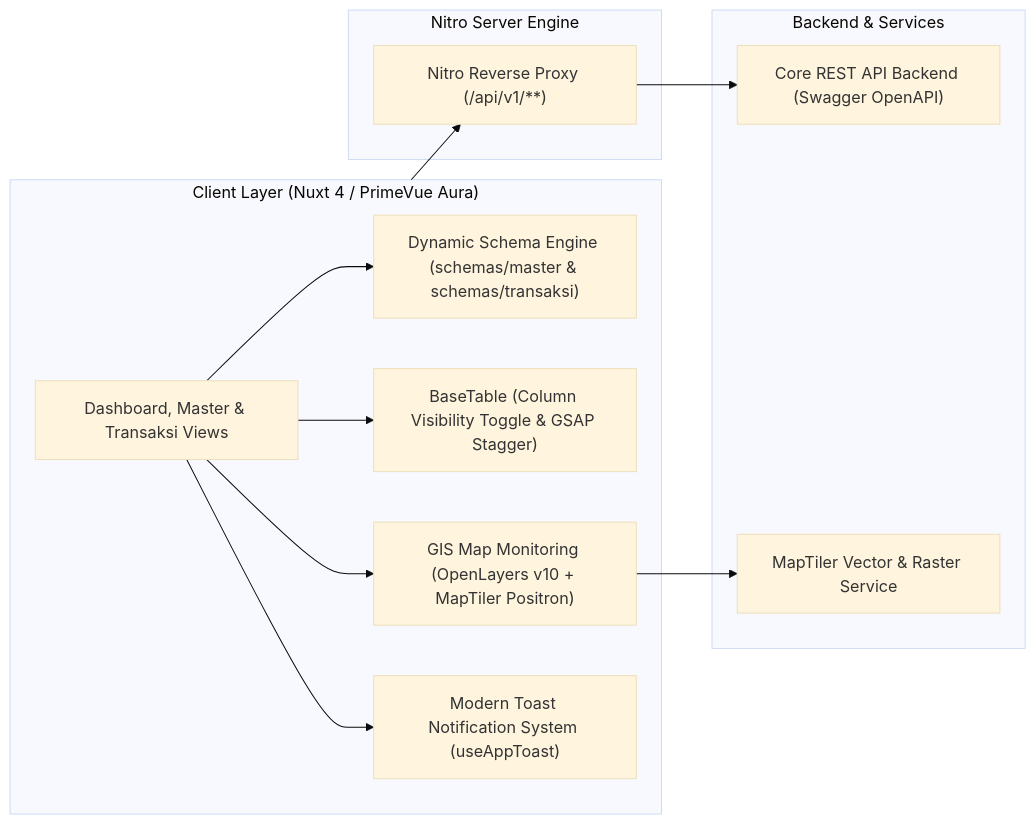
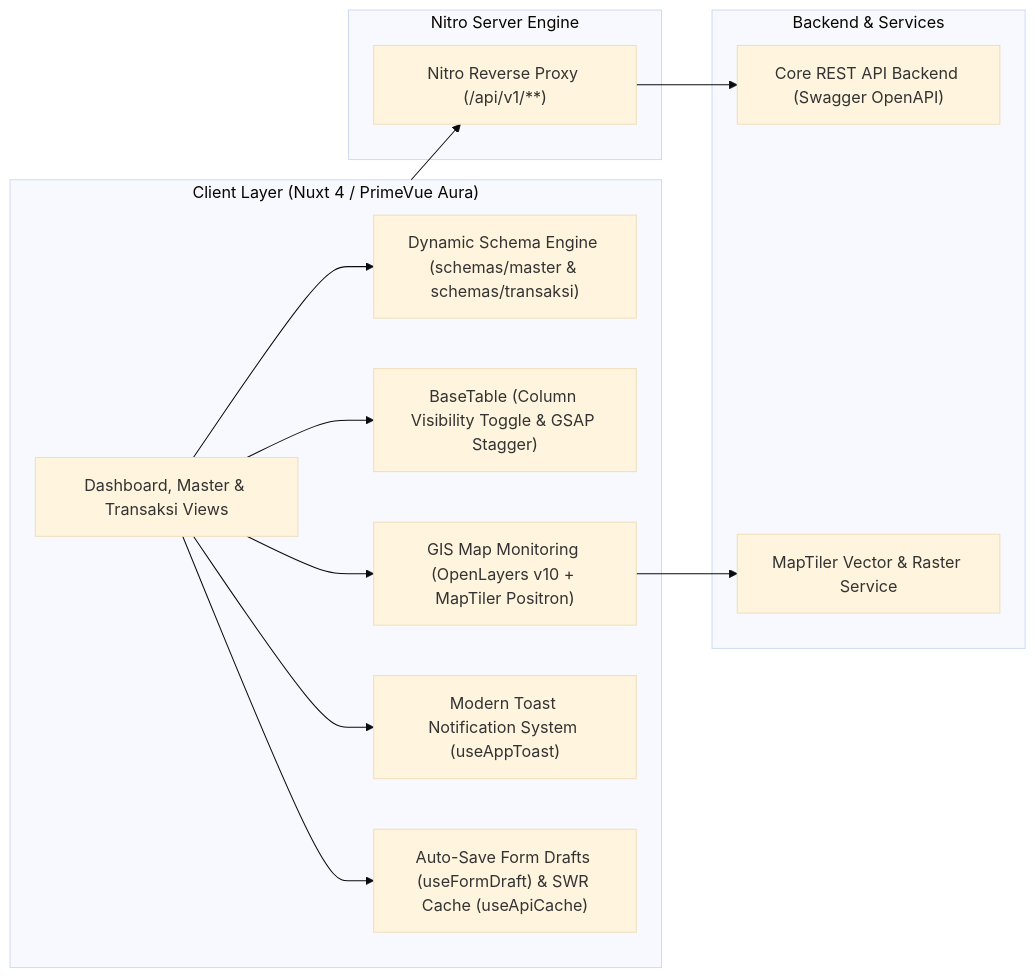
Before and after one commit to fernandoparhusip/tambora: the diagram in README.md, drawn with Mermaid (base theme). The commit also changed other lines of this file and 18 other files, not shown here.

Commit message:
feat: implement form draft persistence, SWR API caching, and resilient network retries while upgrading slider captcha and cleaning up build dependencies.

````diff
--- a/README.md
+++ b/README.md
@@ -27,22 +27,23 @@
 ```mermaid
 graph LR
     subgraph CLIENT["Client Layer (Nuxt 4 / PrimeVue Aura)"]
         UI["Dashboard, Master & Transaksi Views"] --> FORM["Dynamic Schema Engine (schemas/master & schemas/transaksi)"]
         UI --> TABLE["BaseTable (Column Visibility Toggle & GSAP Stagger)"]
         UI --> GIS["GIS Map Monitoring (OpenLayers v10 + MapTiler Positron)"]
         UI --> TOAST["Modern Toast Notification System (useAppToast)"]
+        UI --> DRAFT["Auto-Save Form Drafts (useFormDraft) & SWR Cache (useApiCache)"]
     end
 
     subgraph PROXY["Nitro Server Engine"]
         ROUTER["Nitro Reverse Proxy (/api/v1/**)"]
     end
 
     subgraph BACKEND["Backend & Services"]
         API["Core REST API Backend (Swagger OpenAPI)"]
         GIS_SERVER["MapTiler Vector & Raster Service"]
     end
 
     CLIENT --> ROUTER
     ROUTER --> API
     GIS --> GIS_SERVER
 ```
````
